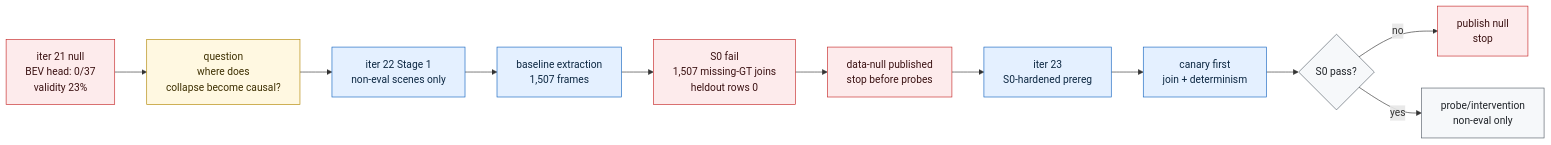
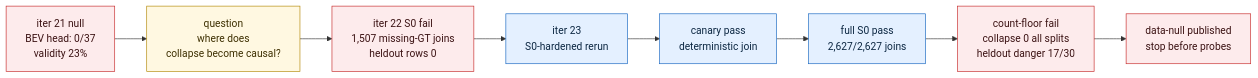
One commit to manfromnowhere143/sentinel changed the third of 5 diagrams in README.md. Above: the diagram before and after it, drawn with Mermaid. The commit also changed other lines of this file and 7 other files, not shown here.

Commit message:
analysis: publish iter23 count-floor null

````diff
--- a/README.md
+++ b/README.md
@@ -125,21 +125,16 @@
 ```mermaid
 flowchart LR
   H21["iter 21 null<br/>BEV head: 0/37<br/>validity 23%"] --> Q["question<br/>where does<br/>collapse become causal?"]
-  Q --> P22["iter 22 Stage 1<br/>non-eval scenes only"]
-  P22 --> E22["baseline extraction<br/>1,507 frames"]
-  E22 --> F22["S0 fail<br/>1,507 missing-GT joins<br/>heldout rows 0"]
-  F22 --> N22["data-null published<br/>stop before probes"]
-  N22 --> I23["iter 23<br/>S0-hardened prereg"]
-  I23 --> C23["canary first<br/>join + determinism"]
-  C23 --> G23{"S0 pass?"}
-  G23 -- "no" --> X23["publish null<br/>stop"]
-  G23 -- "yes" --> P23["probe/intervention<br/>non-eval only"]
+  Q --> F22["iter 22 S0 fail<br/>1,507 missing-GT joins<br/>heldout rows 0"]
+  F22 --> I23["iter 23<br/>S0-hardened rerun"]
+  I23 --> C23["canary pass<br/>deterministic join"]
+  C23 --> S23["full S0 pass<br/>2,627/2,627 joins"]
+  S23 --> L23["count-floor fail<br/>collapse 0 all splits<br/>heldout danger 17/30"]
+  L23 --> N23["data-null published<br/>stop before probes"]
   classDef bad fill:#fdebec,stroke:#c62828,color:#3b1213;
   classDef ask fill:#fff8e1,stroke:#b28704,color:#3d2f00;
   classDef active fill:#e4f0ff,stroke:#1565c0,color:#0c2742;
-  classDef gate fill:#f6f8fa,stroke:#57606a,color:#1f2328;
-  class H21,F22,N22,X23 bad;
+  class H21,F22,L23,N23 bad;
   class Q ask;
-  class P22,E22,I23,C23 active;
-  class G23,P23 gate;
+  class I23,C23,S23 active;
 ```
````
